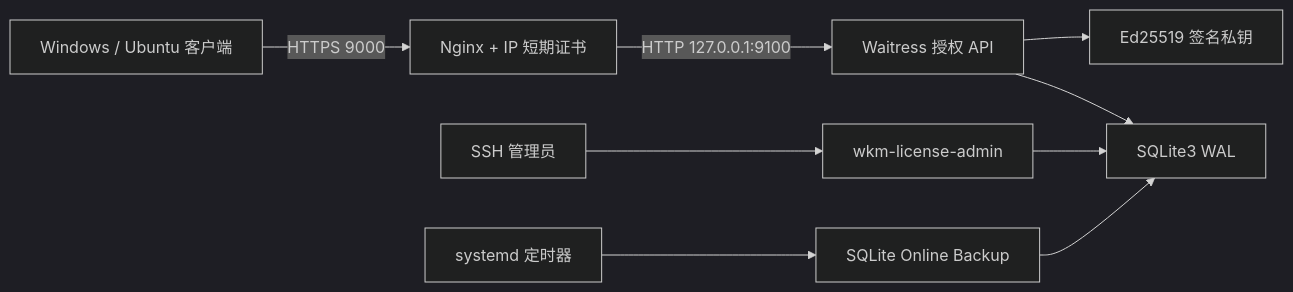
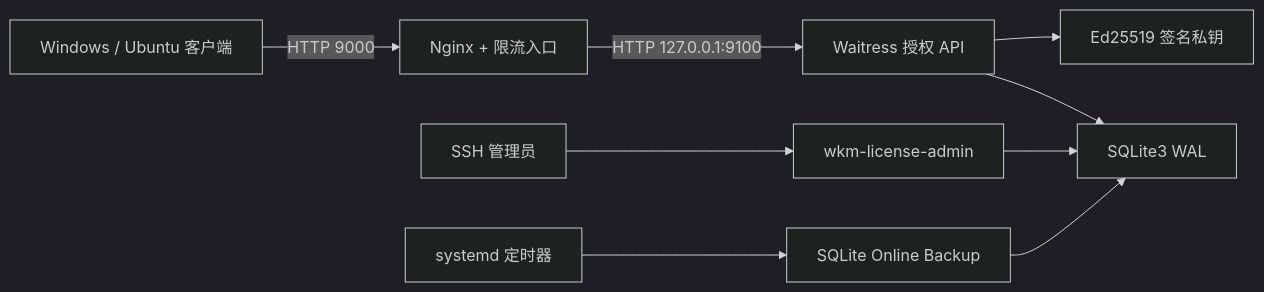
Before and after one commit to gladlyknow/WeChatMemory-LicenseServer: the diagram in docs/ONE_CLICK_DEPLOY_AND_ADMIN.md, drawn with Mermaid (dark theme). The commit also changed other lines of this file and 33 other files, not shown here.

````diff
--- a/docs/ONE_CLICK_DEPLOY_AND_ADMIN.md
+++ b/docs/ONE_CLICK_DEPLOY_AND_ADMIN.md
@@ -11,11 +11,11 @@
 ```mermaid
 flowchart LR
-    Client["Windows / Ubuntu 客户端"] -->|"HTTPS 9000"| Nginx["Nginx + IP 短期证书"]
+    Client["Windows / Ubuntu 客户端"] -->|"HTTP 9000"| Nginx["Nginx + 限流入口"]
     Nginx -->|"HTTP 127.0.0.1:9100"| API["Waitress 授权 API"]
     API --> DB["SQLite3 WAL"]
     API --> Key["Ed25519 签名私钥"]
     Admin["SSH 管理员"] --> CLI["wkm-license-admin"]
     CLI --> DB
     Timer["systemd 定时器"] --> Backup["SQLite Online Backup"]
     Backup --> DB
 ```
````
